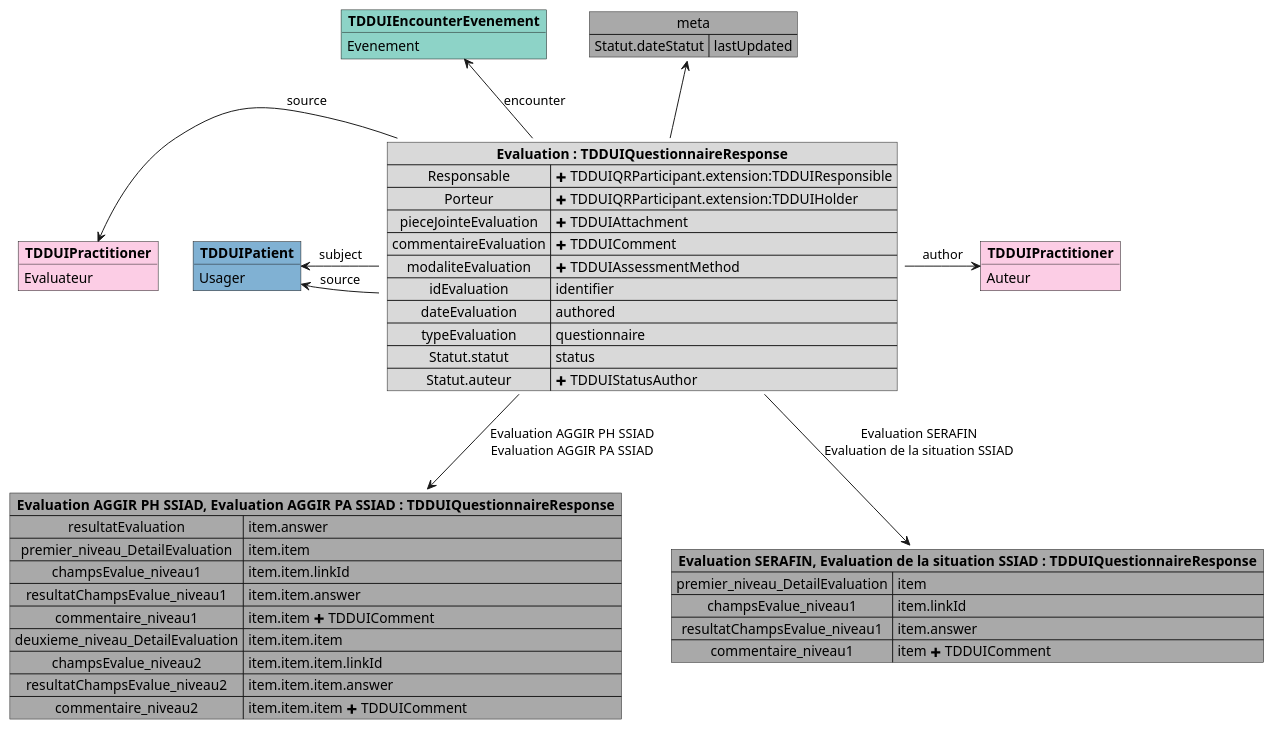
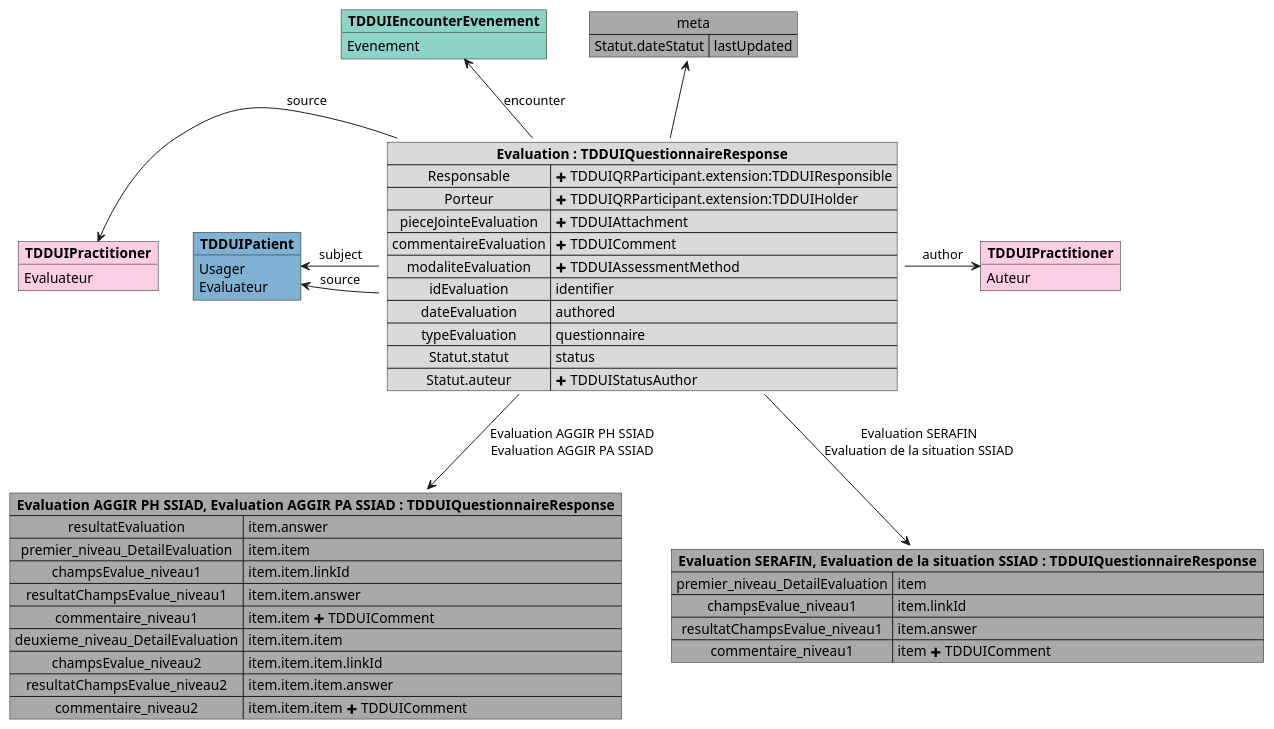
The diagram in input/images-source/mapping_TDDUIQuestionnaireResponse.plantuml (ansforge/IG-fhir-medicosocial-transfert-donnees-dui), drawn with PlantUML before and after one commit. The commit also changed 2 other files, not shown here.

```diff
--- a/input/images-source/mapping_TDDUIQuestionnaireResponse.plantuml
+++ b/input/images-source/mapping_TDDUIQuestionnaireResponse.plantuml
@@ -1,65 +1,66 @@
 @startuml
 
 map "**Evaluation AGGIR PH SSIAD, Evaluation AGGIR PA SSIAD : TDDUIQuestionnaireResponse**" as aggir #DarkGray {
     resultatEvaluation => item.answer
     premier_niveau_DetailEvaluation => item.item
     champsEvalue_niveau1 => item.item.linkId
     resultatChampsEvalue_niveau1 => item.item.answer
     commentaire_niveau1 => item.item <&plus> TDDUIComment
     deuxieme_niveau_DetailEvaluation => item.item.item
     champsEvalue_niveau2 => item.item.item.linkId
     resultatChampsEvalue_niveau2 => item.item.item.answer
     commentaire_niveau2 => item.item.item <&plus> TDDUIComment
 }
 
 map "**Evaluation SERAFIN, Evaluation de la situation SSIAD : TDDUIQuestionnaireResponse**" as autre #DarkGray {
     premier_niveau_DetailEvaluation => item
     champsEvalue_niveau1 => item.linkId
     resultatChampsEvalue_niveau1 => item.answer
     commentaire_niveau1 => item <&plus> TDDUIComment
 }
 
 object "**TDDUIEncounterEvenement**" as TDDUIEncounterEvenement #8dd3c7 {
     Evenement
 }
 
 map "meta" as meta #DarkGray {
     Statut.dateStatut => lastUpdated
 }
 
 object "**TDDUIPatient**" as TDDUIPatient_subject #80b1d3 {
     Usager
+    Evaluateur
 }
 
 object "**TDDUIPractitioner**" as TDDUIPractitioner_author #fccde5 {
     Auteur
 }
 
 object "**TDDUIPractitioner**" as TDDUIPractitioner_source #fccde5 {
     Evaluateur
 }
 
 map "**Evaluation : TDDUIQuestionnaireResponse**" as Evaluation #d9d9d9 {
     Responsable => <&plus> TDDUIQRParticipant.extension:TDDUIResponsible
     Porteur => <&plus> TDDUIQRParticipant.extension:TDDUIHolder
     pieceJointeEvaluation => <&plus> TDDUIAttachment
     commentaireEvaluation => <&plus> TDDUIComment
     modaliteEvaluation  => <&plus> TDDUIAssessmentMethod 
     idEvaluation => identifier
     dateEvaluation => authored
     typeEvaluation => questionnaire
     Statut.statut  => status
     Statut.auteur => <&plus> TDDUIStatusAuthor
 }
 
 Evaluation -u-> meta
 Evaluation --> aggir : Evaluation AGGIR PH SSIAD\nEvaluation AGGIR PA SSIAD
 Evaluation --> autre : Evaluation SERAFIN\nEvaluation de la situation SSIAD
 
 Evaluation -l-> TDDUIPatient_subject : subject
 Evaluation -l-> TDDUIPatient_subject : source
 Evaluation -r-> TDDUIPractitioner_author : author
 Evaluation -l-> TDDUIPractitioner_source : source
 Evaluation -u-> TDDUIEncounterEvenement : encounter
 
 @enduml
```
